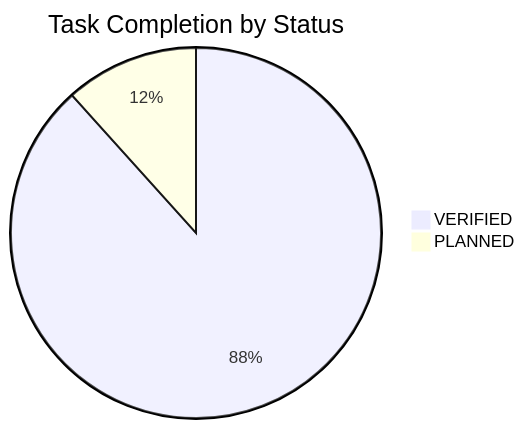
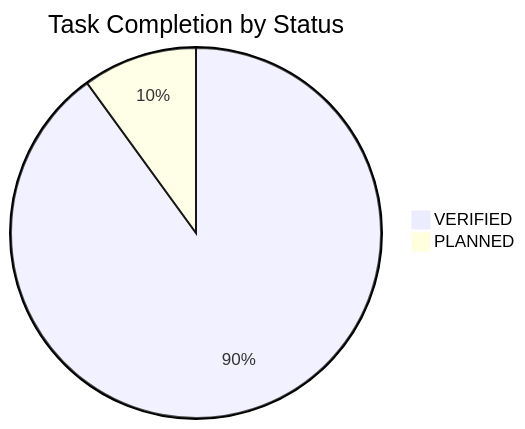
One commit to NguyenTriBaoThang/ClearWayAI changed the diagram in docs/TASK_BOARD.md. Above: the diagram before and after it, drawn with Mermaid. The commit also changed other lines of this file and 13 other files, not shown here.

````diff
--- a/docs/TASK_BOARD.md
+++ b/docs/TASK_BOARD.md
@@ -16,5 +16,5 @@
 ```mermaid
 pie title Task Completion by Status
-    "VERIFIED" : 53
-    "PLANNED" : 7
+    "VERIFIED" : 54
+    "PLANNED" : 6
 ```
````
